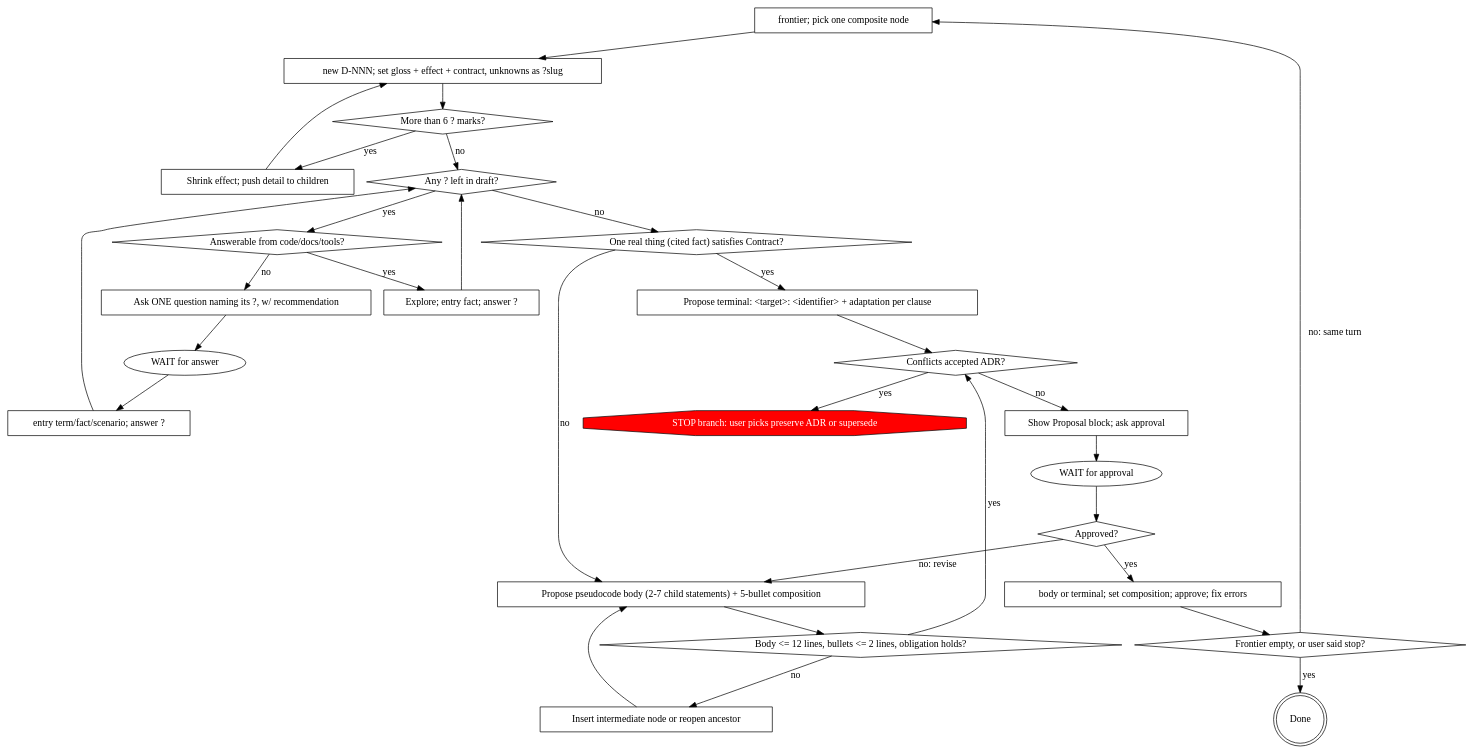
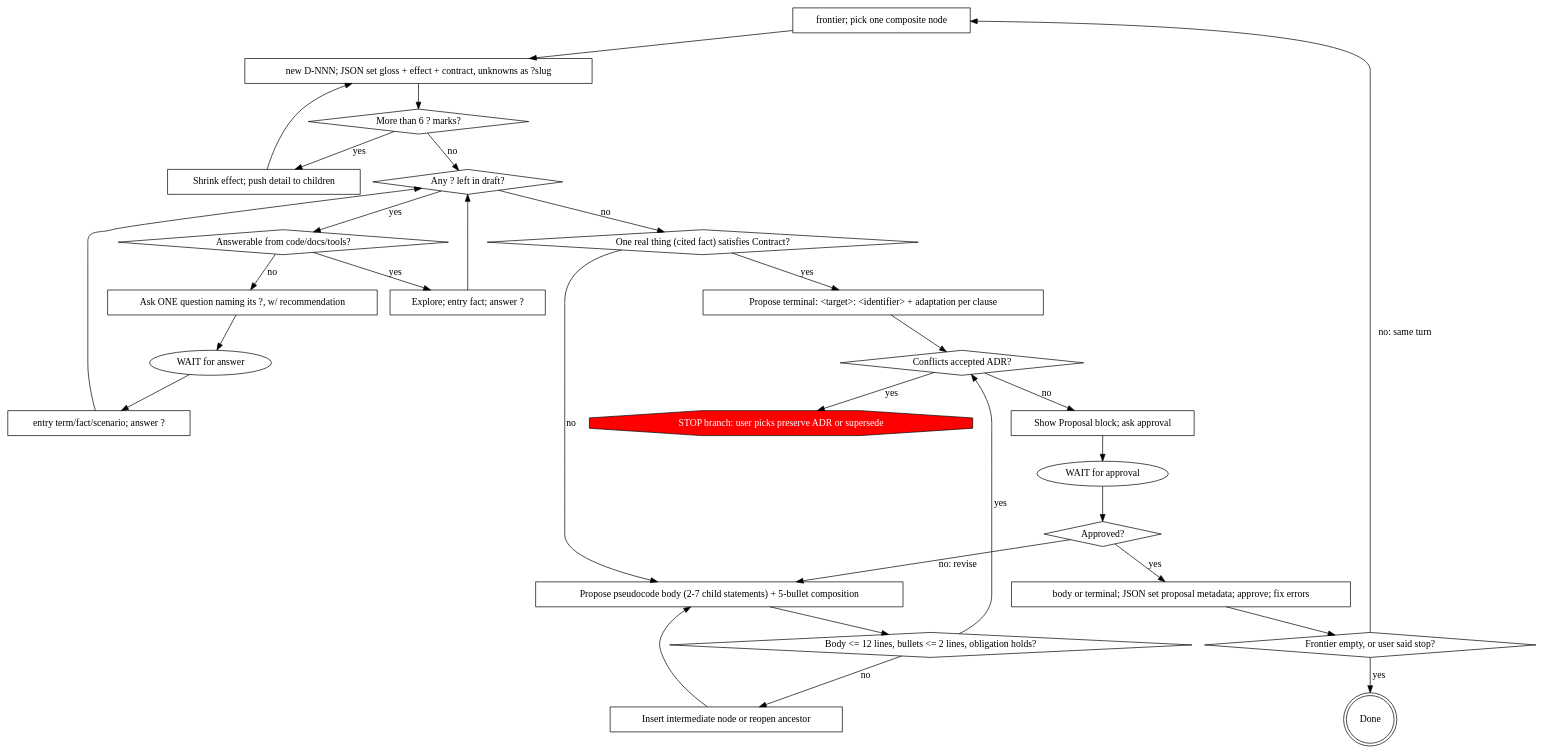
Before and after one commit to HollandDM/my-skills: the diagram in constructing-software-stepwise/skills/constructing-software-stepwise/SKILL.md, drawn with Graphviz. The commit also changed other lines of this file and 5 other files, not shown here.

Commit message:
feat(constructing-software-stepwise): set node fields from JSON

````diff
--- a/constructing-software-stepwise/skills/constructing-software-stepwise/SKILL.md
+++ b/constructing-software-stepwise/skills/constructing-software-stepwise/SKILL.md
@@ -131,57 +132,57 @@
 ```dot
 digraph refine {
     "frontier; pick one composite node" [shape=box];
-    "new D-NNN; set gloss + effect + contract, unknowns as ?slug" [shape=box];
+    "new D-NNN; JSON set gloss + effect + contract, unknowns as ?slug" [shape=box];
     "More than 6 ? marks?" [shape=diamond];
     "Shrink effect; push detail to children" [shape=box];
     "Any ? left in draft?" [shape=diamond];
     "Answerable from code/docs/tools?" [shape=diamond];
     "Explore; entry fact; answer ?" [shape=box];
     "Ask ONE question naming its ?, w/ recommendation" [shape=box];
     "WAIT for answer" [shape=ellipse];
     "entry term/fact/scenario; answer ?" [shape=box];
     "One real thing (cited fact) satisfies Contract?" [shape=diamond];
     "Propose terminal: <target>: <identifier> + adaptation per clause" [shape=box];
     "Propose pseudocode body (2-7 child statements) + 5-bullet composition" [shape=box];
     "Body <= 12 lines, bullets <= 2 lines, obligation holds?" [shape=diamond];
     "Insert intermediate node or reopen ancestor" [shape=box];
     "Conflicts accepted ADR?" [shape=diamond];
     "STOP branch: user picks preserve ADR or supersede" [shape=octagon, style=filled, fillcolor=red, fontcolor=white];
     "Show Proposal block; ask approval" [shape=box];
     "WAIT for approval" [shape=ellipse];
     "Approved?" [shape=diamond];
-    "body or terminal; set composition; approve; fix errors" [shape=box];
+    "body or terminal; JSON set proposal metadata; approve; fix errors" [shape=box];
     "Frontier empty, or user said stop?" [shape=diamond];
     "Done" [shape=doublecircle];
 
-    "frontier; pick one composite node" -> "new D-NNN; set gloss + effect + contract, unknowns as ?slug";
-    "new D-NNN; set gloss + effect + contract, unknowns as ?slug" -> "More than 6 ? marks?";
+    "frontier; pick one composite node" -> "new D-NNN; JSON set gloss + effect + contract, unknowns as ?slug";
+    "new D-NNN; JSON set gloss + effect + contract, unknowns as ?slug" -> "More than 6 ? marks?";
     "More than 6 ? marks?" -> "Shrink effect; push detail to children" [label="yes"];
-    "Shrink effect; push detail to children" -> "new D-NNN; set gloss + effect + contract, unknowns as ?slug";
+    "Shrink effect; push detail to children" -> "new D-NNN; JSON set gloss + effect + contract, unknowns as ?slug";
     "More than 6 ? marks?" -> "Any ? left in draft?" [label="no"];
     "Any ? left in draft?" -> "Answerable from code/docs/tools?" [label="yes"];
     "Answerable from code/docs/tools?" -> "Explore; entry fact; answer ?" [label="yes"];
     "Explore; entry fact; answer ?" -> "Any ? left in draft?";
     "Answerable from code/docs/tools?" -> "Ask ONE question naming its ?, w/ recommendation" [label="no"];
     "Ask ONE question naming its ?, w/ recommendation" -> "WAIT for answer";
     "WAIT for answer" -> "entry term/fact/scenario; answer ?";
     "entry term/fact/scenario; answer ?" -> "Any ? left in draft?";
     "Any ? left in draft?" -> "One real thing (cited fact) satisfies Contract?" [label="no"];
     "One real thing (cited fact) satisfies Contract?" -> "Propose terminal: <target>: <identifier> + adaptation per clause" [label="yes"];
     "Propose terminal: <target>: <identifier> + adaptation per clause" -> "Conflicts accepted ADR?";
     "One real thing (cited fact) satisfies Contract?" -> "Propose pseudocode body (2-7 child statements) + 5-bullet composition" [label="no"];
     "Propose pseudocode body (2-7 child statements) + 5-bullet composition" -> "Body <= 12 lines, bullets <= 2 lines, obligation holds?";
     "Body <= 12 lines, bullets <= 2 lines, obligation holds?" -> "Insert intermediate node or reopen ancestor" [label="no"];
     "Insert intermediate node or reopen ancestor" -> "Propose pseudocode body (2-7 child statements) + 5-bullet composition";
     "Body <= 12 lines, bullets <= 2 lines, obligation holds?" -> "Conflicts accepted ADR?" [label="yes"];
     "Conflicts accepted ADR?" -> "STOP branch: user picks preserve ADR or supersede" [label="yes"];
     "Conflicts accepted ADR?" -> "Show Proposal block; ask approval" [label="no"];
     "Show Proposal block; ask approval" -> "WAIT for approval";
     "WAIT for approval" -> "Approved?";
     "Approved?" -> "Propose pseudocode body (2-7 child statements) + 5-bullet composition" [label="no: revise"];
-    "Approved?" -> "body or terminal; set composition; approve; fix errors" [label="yes"];
-    "body or terminal; set composition; approve; fix errors" -> "Frontier empty, or user said stop?";
+    "Approved?" -> "body or terminal; JSON set proposal metadata; approve; fix errors" [label="yes"];
+    "body or terminal; JSON set proposal metadata; approve; fix errors" -> "Frontier empty, or user said stop?";
     "Frontier empty, or user said stop?" -> "Done" [label="yes"];
     "Frontier empty, or user said stop?" -> "frontier; pick one composite node" [label="no: same turn"];
 }
 ```
````
